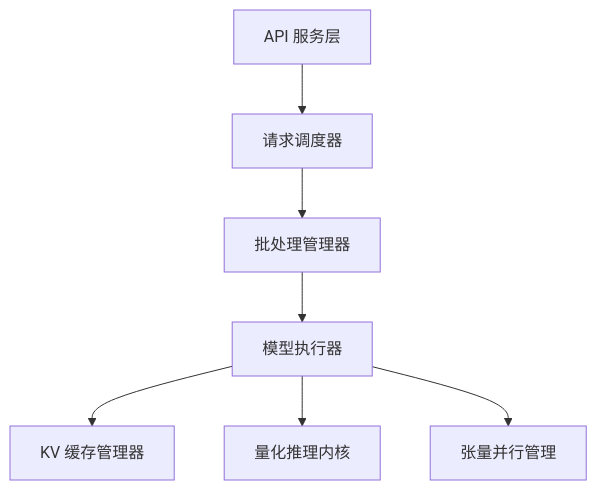
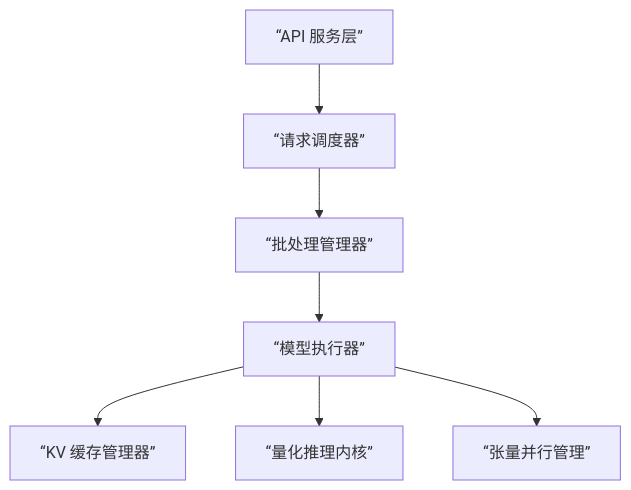
Before and after one commit to yeasy/llm_internals: the diagram in 11_serving/11.1_engines_overview.md, drawn with Mermaid. The commit also changed other lines of this file and 7 other files, not shown here.

````diff
--- a/11_serving/11.1_engines_overview.md
+++ b/11_serving/11.1_engines_overview.md
@@ -30,9 +30,9 @@
 ```mermaid
 graph TB
-    api["API 服务层"] --> scheduler["请求调度器"]
-    scheduler --> batcher["批处理管理器"]
-    batcher --> executor["模型执行器"]
-    executor --> kv["KV 缓存管理器"]
-    executor --> quant["量化推理内核"]
-    executor --> tp["张量并行管理"]
+    api[“API 服务层”] --> scheduler[“请求调度器”]
+    scheduler --> batcher[“批处理管理器”]
+    batcher --> executor[“模型执行器”]
+    executor --> kv[“KV 缓存管理器”]
+    executor --> quant[“量化推理内核”]
+    executor --> tp[“张量并行管理”]
 ```
````
